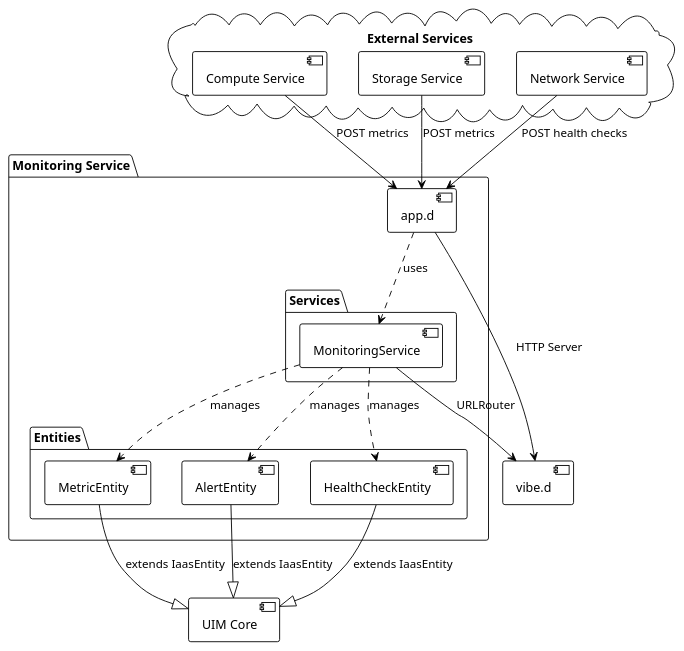
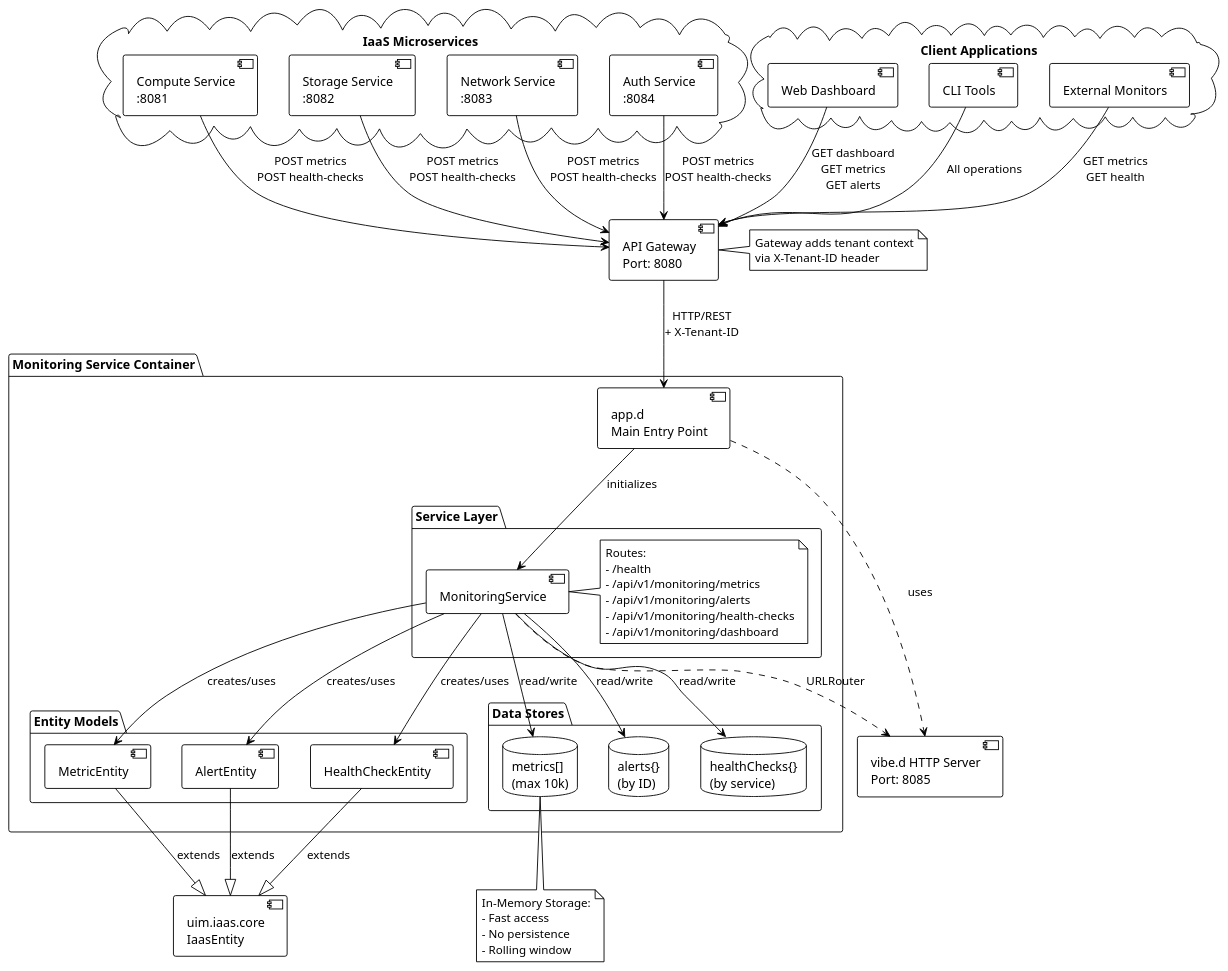
Before and after one commit to UIMSolutions/uim-iaas: the sixth of 8 diagrams in monitoring/README.md, drawn with PlantUML. The commit also changed other lines of this file and 10 other files, not shown here.

First line of the commit message:
Refactor network and storage entities to enhance JSON serialization and improve code readability

````diff
--- a/monitoring/README.md
+++ b/monitoring/README.md
@@ -284,43 +605,89 @@
 @startuml
 !theme plain
 
-package "Monitoring Service" {
-    component [app.d] as App
+package "Monitoring Service Container" {
+    component [app.d\nMain Entry Point] as App
     
-    package "Entities" {
-        component [MetricEntity]
-        component [AlertEntity]
-        component [HealthCheckEntity]
+    package "Service Layer" {
+        component [MonitoringService] as Service
+        note right of Service
+            Routes:
+            - /health
+            - /api/v1/monitoring/metrics
+            - /api/v1/monitoring/alerts
+            - /api/v1/monitoring/health-checks
+            - /api/v1/monitoring/dashboard
+        end note
     }
     
-    package "Services" {
-        component [MonitoringService]
+    package "Entity Models" {
+        component [MetricEntity] as Metric
+        component [AlertEntity] as Alert
+        component [HealthCheckEntity] as Health
     }
     
-    App ..> MonitoringService : uses
-    MonitoringService ..> MetricEntity : manages
-    MonitoringService ..> AlertEntity : manages
-    MonitoringService ..> HealthCheckEntity : manages
+    package "Data Stores" {
+        database "metrics[]\n(max 10k)" as MetricStore
+        database "alerts{}\n(by ID)" as AlertStore
+        database "healthChecks{}\n(by service)" as HealthStore
+    }
+    
+    App --> Service : initializes
+    Service --> Metric : creates/uses
+    Service --> Alert : creates/uses
+    Service --> Health : creates/uses
+    Service --> MetricStore : read/write
+    Service --> AlertStore : read/write
+    Service --> HealthStore : read/write
 }
 
-component [vibe.d] as Vibe
-component [UIM Core] as Core
+' External Dependencies
+component [vibe.d HTTP Server\nPort: 8085] as Vibe
+component [uim.iaas.core\nIaasEntity] as Core
+component [API Gateway\nPort: 8080] as Gateway
 
-App --> Vibe : HTTP Server
-MonitoringService --> Vibe : URLRouter
-MetricEntity --|> Core : extends IaasEntity
-AlertEntity --|> Core : extends IaasEntity
-HealthCheckEntity --|> Core : extends IaasEntity
+App ..> Vibe : uses
+Service ..> Vibe : URLRouter
+Metric --|> Core : extends
+Alert --|> Core : extends
+Health --|> Core : extends
 
-cloud "External Services" {
-    component [Compute Service]
-    component [Storage Service]
-    component [Network Service]
+' External Services
+cloud "IaaS Microservices" {
+    component [Compute Service\n:8081] as Compute
+    component [Storage Service\n:8082] as Storage
+    component [Network Service\n:8083] as Network
+    component [Auth Service\n:8084] as Auth
 }
 
-[Compute Service] --> App : POST metrics
-[Storage Service] --> App : POST metrics
-[Network Service] --> App : POST health checks
+cloud "Client Applications" {
+    component [Web Dashboard] as WebUI
+    component [CLI Tools] as CLI
+    component [External Monitors] as External
+}
+
+' Interactions
+Gateway --> App : HTTP/REST\n+ X-Tenant-ID
+Compute --> Gateway : POST metrics\nPOST health-checks
+Storage --> Gateway : POST metrics\nPOST health-checks
+Network --> Gateway : POST metrics\nPOST health-checks
+Auth --> Gateway : POST metrics\nPOST health-checks
+
+WebUI --> Gateway : GET dashboard\nGET metrics\nGET alerts
+CLI --> Gateway : All operations
+External --> Gateway : GET metrics\nGET health
+
+note right of Gateway
+    Gateway adds tenant context
+    via X-Tenant-ID header
+end note
+
+note bottom of MetricStore
+    In-Memory Storage:
+    - Fast access
+    - No persistence
+    - Rolling window
+end note
 
 @enduml
 ```
````
